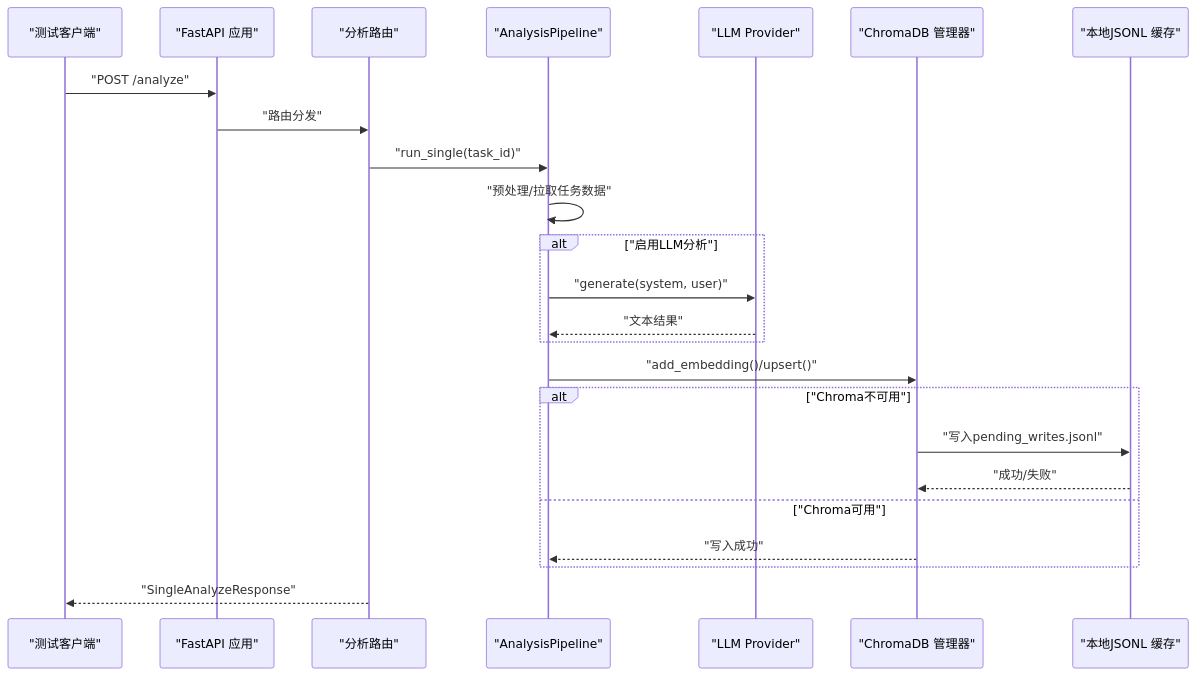
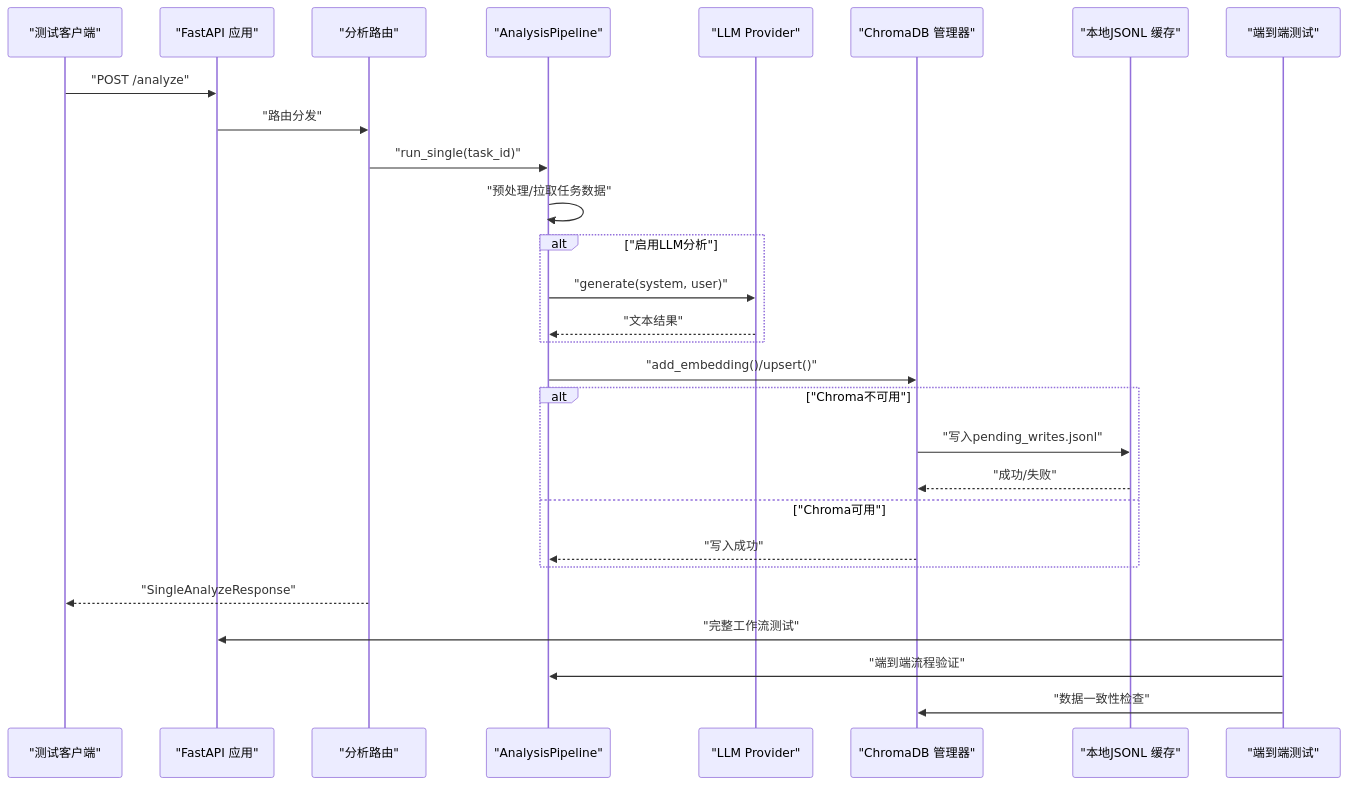
The second of 7 diagrams in .qoder/repowiki/zh/content/测试策略/集成测试.md (boyingliu01/fault-review-analyzer), drawn with Mermaid before and after one commit. The commit also changed other lines of this file and 125 other files, not shown here.

````diff
--- a/.qoder/repowiki/zh/content/测试策略/集成测试.md
+++ b/.qoder/repowiki/zh/content/测试策略/集成测试.md
@@ -119,26 +146,30 @@
 ```mermaid
 sequenceDiagram
 participant Client as "测试客户端"
 participant API as "FastAPI 应用"
 participant Router as "分析路由"
 participant Pipeline as "AnalysisPipeline"
 participant LLM as "LLM Provider"
 participant VDB as "ChromaDB 管理器"
 participant Cache as "本地JSONL 缓存"
+participant E2E as "端到端测试"
 Client->>API : "POST /analyze"
 API->>Router : "路由分发"
 Router->>Pipeline : "run_single(task_id)"
 Pipeline->>Pipeline : "预处理/拉取任务数据"
 alt "启用LLM分析"
 Pipeline->>LLM : "generate(system, user)"
 LLM-->>Pipeline : "文本结果"
 end
 Pipeline->>VDB : "add_embedding()/upsert()"
 alt "Chroma不可用"
 VDB->>Cache : "写入pending_writes.jsonl"
 Cache-->>VDB : "成功/失败"
 else "Chroma可用"
 VDB-->>Pipeline : "写入成功"
 end
 Router-->>Client : "SingleAnalyzeResponse"
+E2E->>API : "完整工作流测试"
+E2E->>Pipeline : "端到端流程验证"
+E2E->>VDB : "数据一致性检查"
 ```
````
